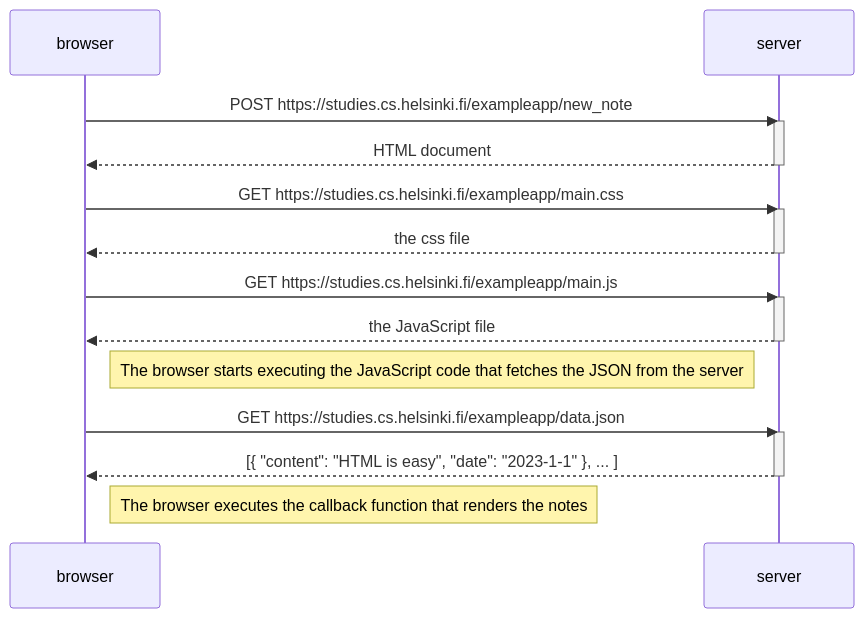
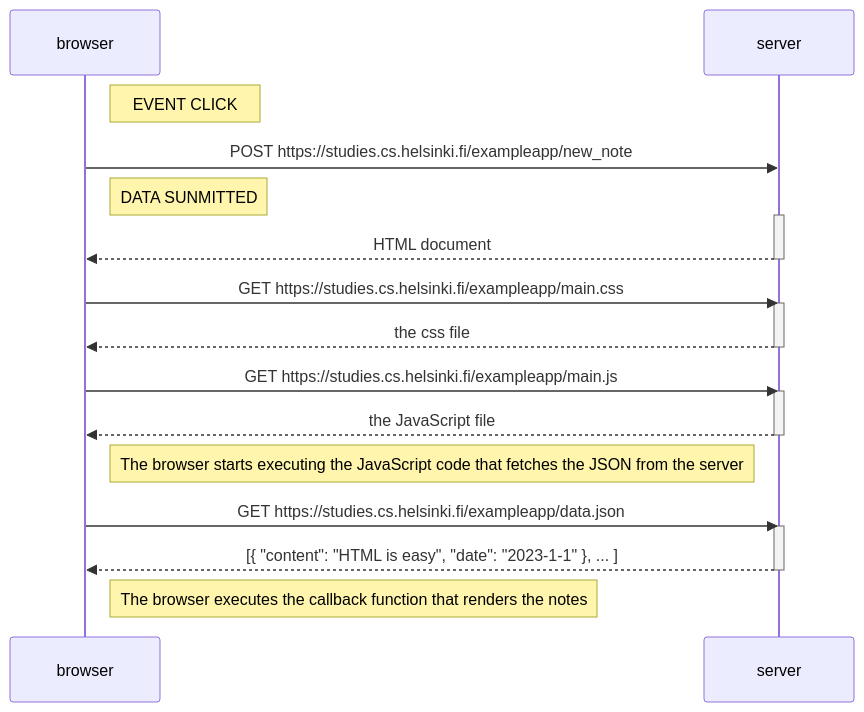
Before and after one commit to fonzk/FULLSTACK-OPEN: the diagram in part0/0.4_new_note.Mermaid, drawn with Mermaid.

```diff
--- a/part0/0.4_new_note.Mermaid
+++ b/part0/0.4_new_note.Mermaid
@@ -1,25 +1,27 @@
 sequenceDiagram
- 
+  Note right of browser: EVENT CLICK 
     browser->>server: POST https://studies.cs.helsinki.fi/exampleapp/new_note
+  Note right of browser: DATA  SUNMITTED
+
     activate server
     server-->>browser: HTML document
     deactivate server
 
     browser->>server: GET https://studies.cs.helsinki.fi/exampleapp/main.css
     activate server
     server-->>browser: the css file
     deactivate server
 
     browser->>server: GET https://studies.cs.helsinki.fi/exampleapp/main.js
     activate server
     server-->>browser: the JavaScript file
     deactivate server
 
     Note right of browser: The browser starts executing the JavaScript code that fetches the JSON from the server
 
     browser->>server: GET https://studies.cs.helsinki.fi/exampleapp/data.json
     activate server
     server-->>browser: [{ "content": "HTML is easy", "date": "2023-1-1" }, ... ]
     deactivate server
 
     Note right of browser: The browser executes the callback function that renders the notes
```
